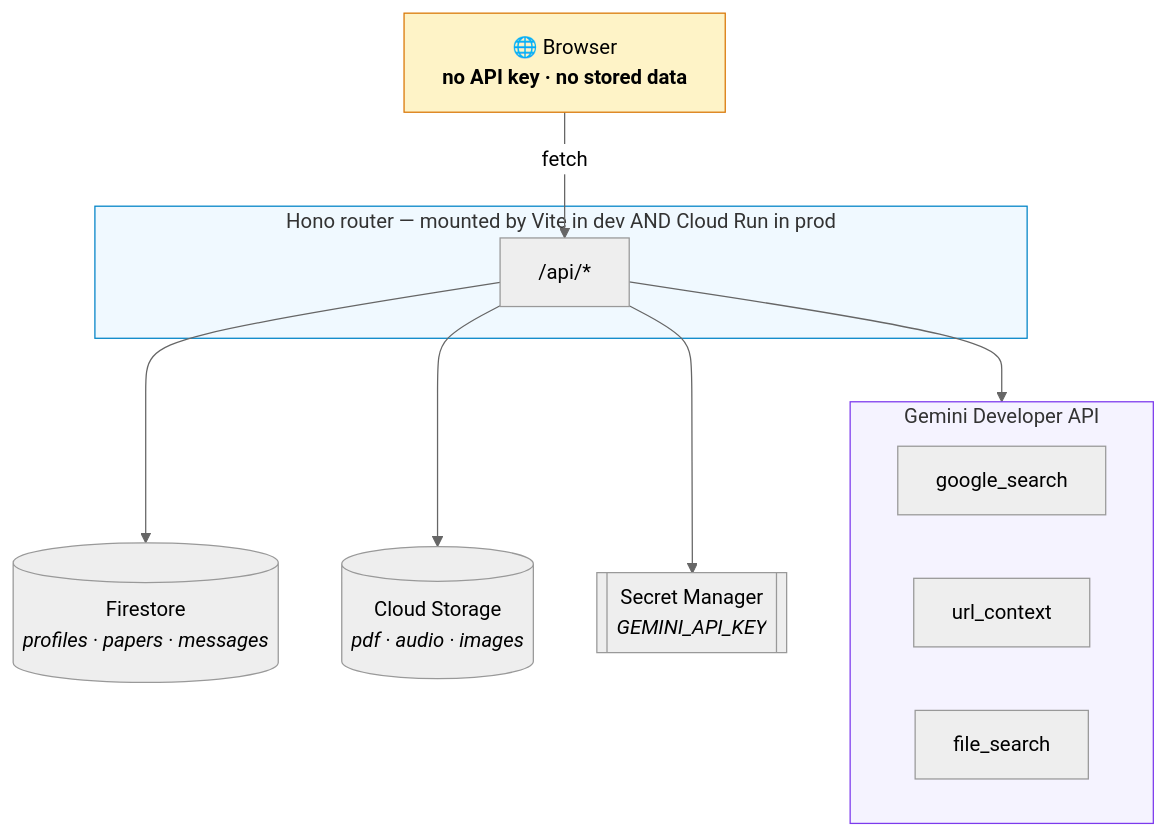
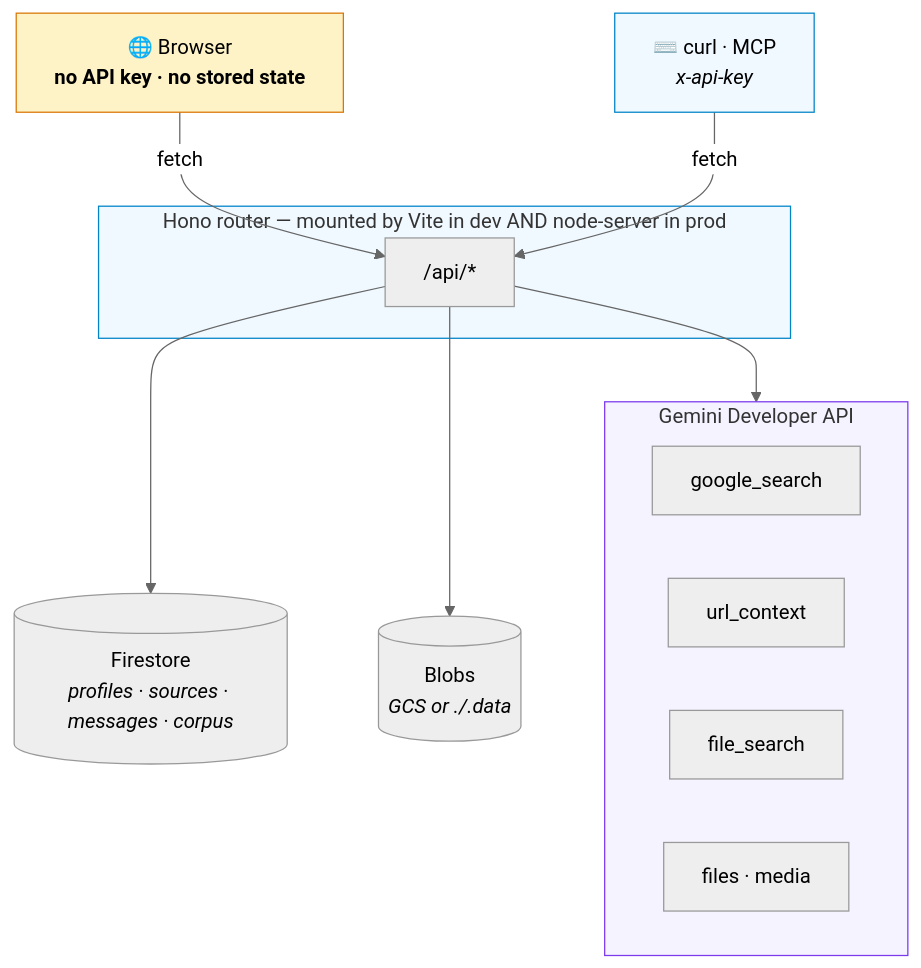
The fourth of 5 diagrams in README.md (BuildGeekAI/scholar-mind), drawn with Mermaid (neutral theme) before and after one commit. The commit also changed other lines of this file and 6 other files, not shown here.

````diff
--- a/README.md
+++ b/README.md
@@ -58,26 +119,29 @@
 ```mermaid
 flowchart TB
-    B["🌐 Browser<br/><b>no API key · no stored data</b>"]
+    B["🌐 Browser<br/><b>no API key · no stored state</b>"]
+    C["⌨️ curl · MCP<br/><i>x-api-key</i>"]
 
-    subgraph SRV["Hono router — mounted by Vite in dev AND Cloud Run in prod"]
+    subgraph SRV["Hono router — mounted by Vite in dev AND node-server in prod"]
         R["/api/*"]
     end
 
     B -->|fetch| R
+    C -->|fetch| R
 
-    R --> FS[("Firestore<br/><i>profiles · papers · messages</i>")]
-    R --> GCS[("Cloud Storage<br/><i>pdf · audio · images</i>")]
-    R --> SM[["Secret Manager<br/><i>GEMINI_API_KEY</i>"]]
+    R --> FS[("Firestore<br/><i>profiles · sources · messages · corpus</i>")]
+    R --> BL[("Blobs<br/><i>GCS or ./.data</i>")]
     R --> GEM
 
     subgraph GEM["Gemini Developer API"]
         direction LR
         T1["google_search"]
         T2["url_context"]
         T3["file_search"]
+        T4["files · media"]
     end
 
     style B fill:#fef3c7,stroke:#d97706
+    style C fill:#f0f9ff,stroke:#0284c7
     style SRV fill:#f0f9ff,stroke:#0284c7
     style GEM fill:#f5f3ff,stroke:#7c3aed
 ```
````
